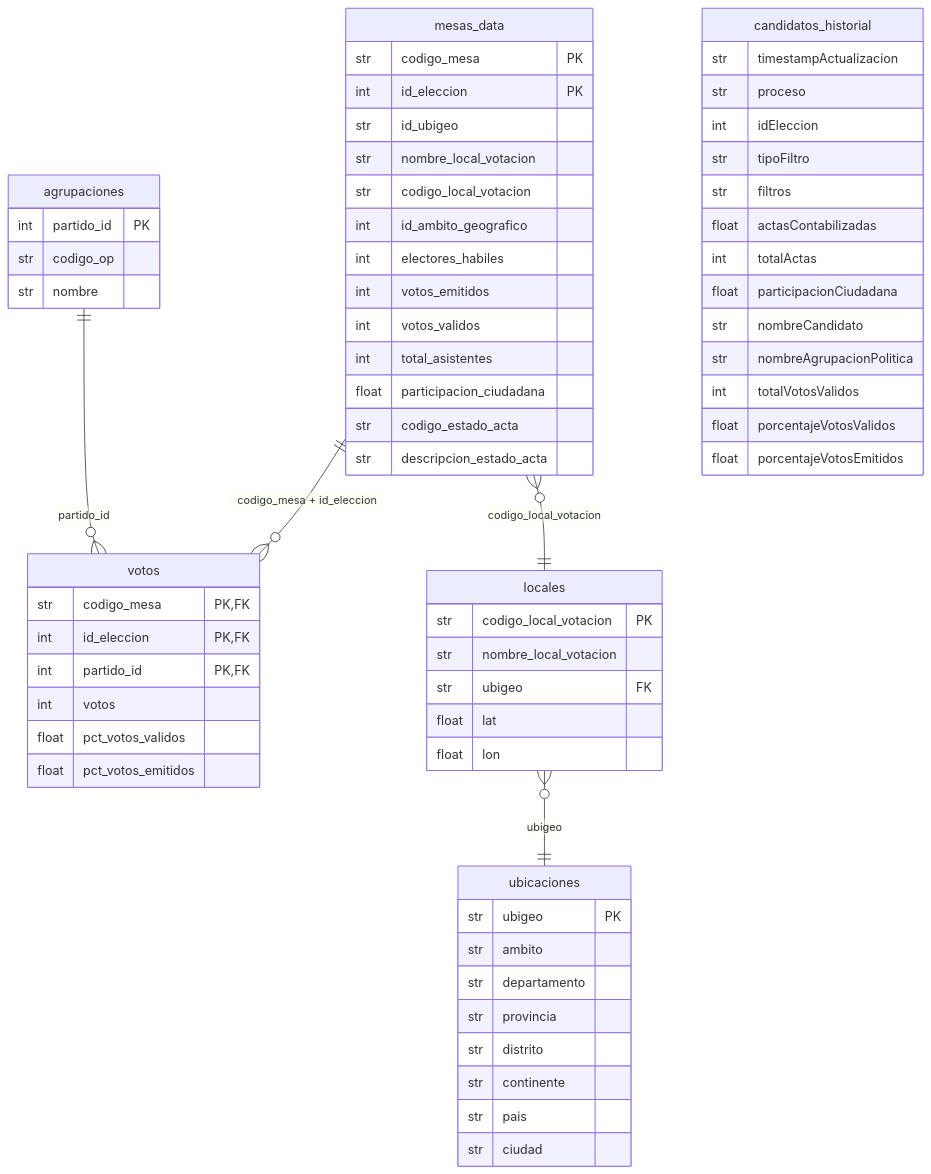
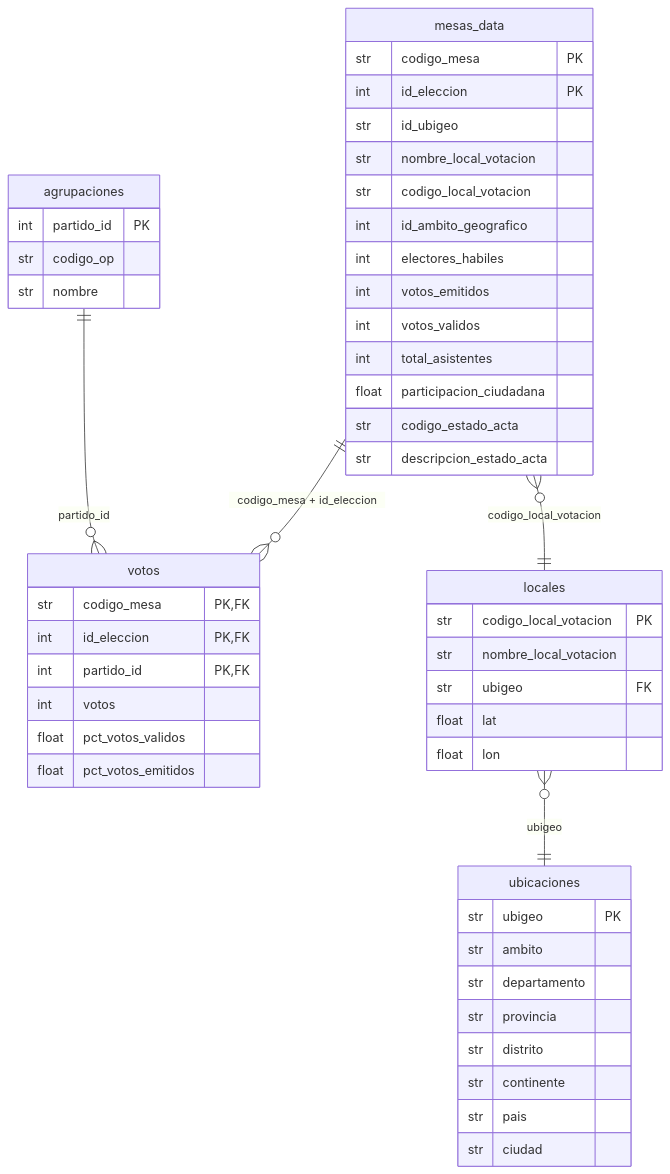
One commit to oscarzamora/onpe-scraper-2026-2 changed the first of 3 diagrams in README.md. Above: the diagram before and after it, drawn with Mermaid. The commit also changed other lines of this file, not shown here.

````diff
--- a/README.md
+++ b/README.md
@@ -407,73 +407,57 @@
 ```mermaid
 erDiagram
     mesas_data {
         str   codigo_mesa        PK
         int   id_eleccion        PK
         str   id_ubigeo
         str   nombre_local_votacion
         str   codigo_local_votacion
         int   id_ambito_geografico
         int   electores_habiles
         int   votos_emitidos
         int   votos_validos
         int   total_asistentes
         float participacion_ciudadana
         str   codigo_estado_acta
         str   descripcion_estado_acta
     }
 
     votos {
         str   codigo_mesa       PK,FK
         int   id_eleccion       PK,FK
         int   partido_id        PK,FK
         int   votos
         float pct_votos_validos
         float pct_votos_emitidos
     }
 
     agrupaciones {
         int partido_id          PK
         str codigo_op
         str nombre
     }
 
-    candidatos_historial {
-        str   timestampActualizacion
-        str   proceso
-        int   idEleccion
-        str   tipoFiltro
-        str   filtros
-        float actasContabilizadas
-        int   totalActas
-        float participacionCiudadana
-        str   nombreCandidato
-        str   nombreAgrupacionPolitica
-        int   totalVotosValidos
-        float porcentajeVotosValidos
-        float porcentajeVotosEmitidos
-    }
-
     ubicaciones {
         str ubigeo             PK
         str ambito
         str departamento
         str provincia
         str distrito
         str continente
         str pais
         str ciudad
     }
 
     locales {
         str   codigo_local_votacion  PK
         str   nombre_local_votacion
         str   ubigeo                 FK
         float lat
         float lon
     }
 
     mesas_data ||--o{ votos : "codigo_mesa + id_eleccion"
     agrupaciones ||--o{ votos : "partido_id"
     mesas_data }o--|| locales : "codigo_local_votacion"
     locales }o--|| ubicaciones : "ubigeo"
 ```
````
